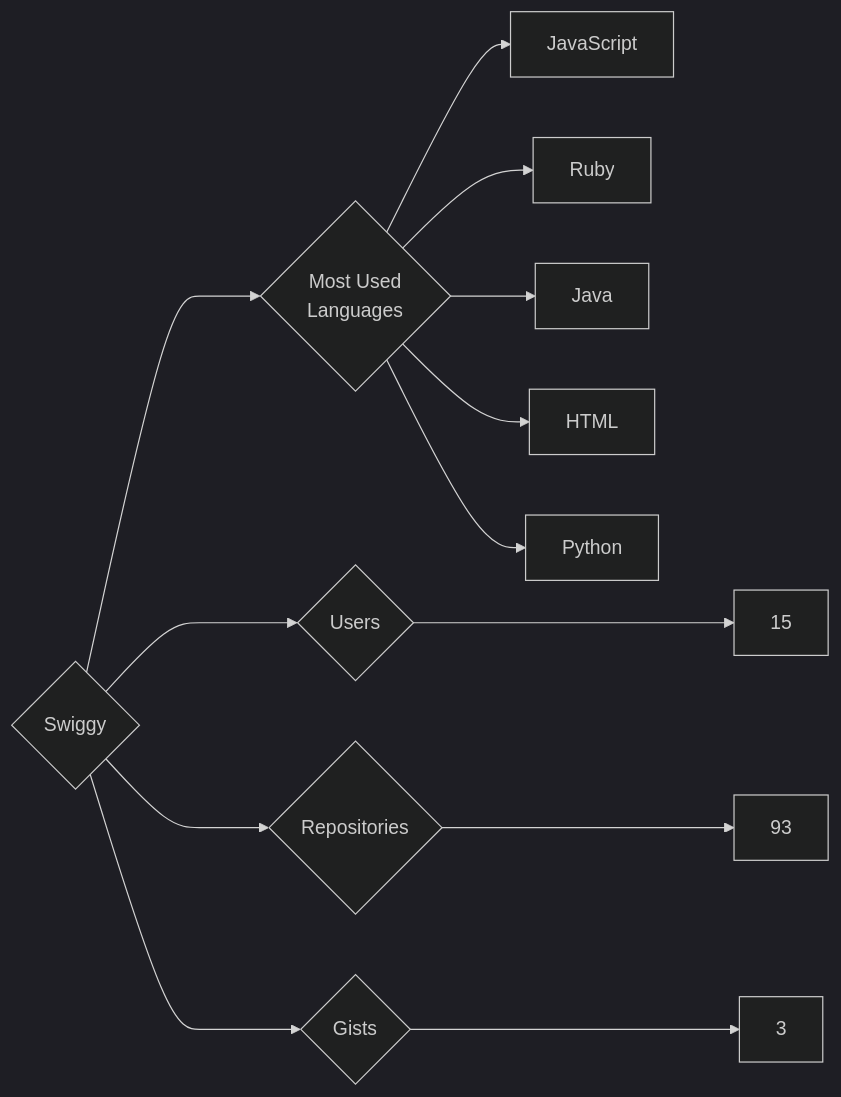
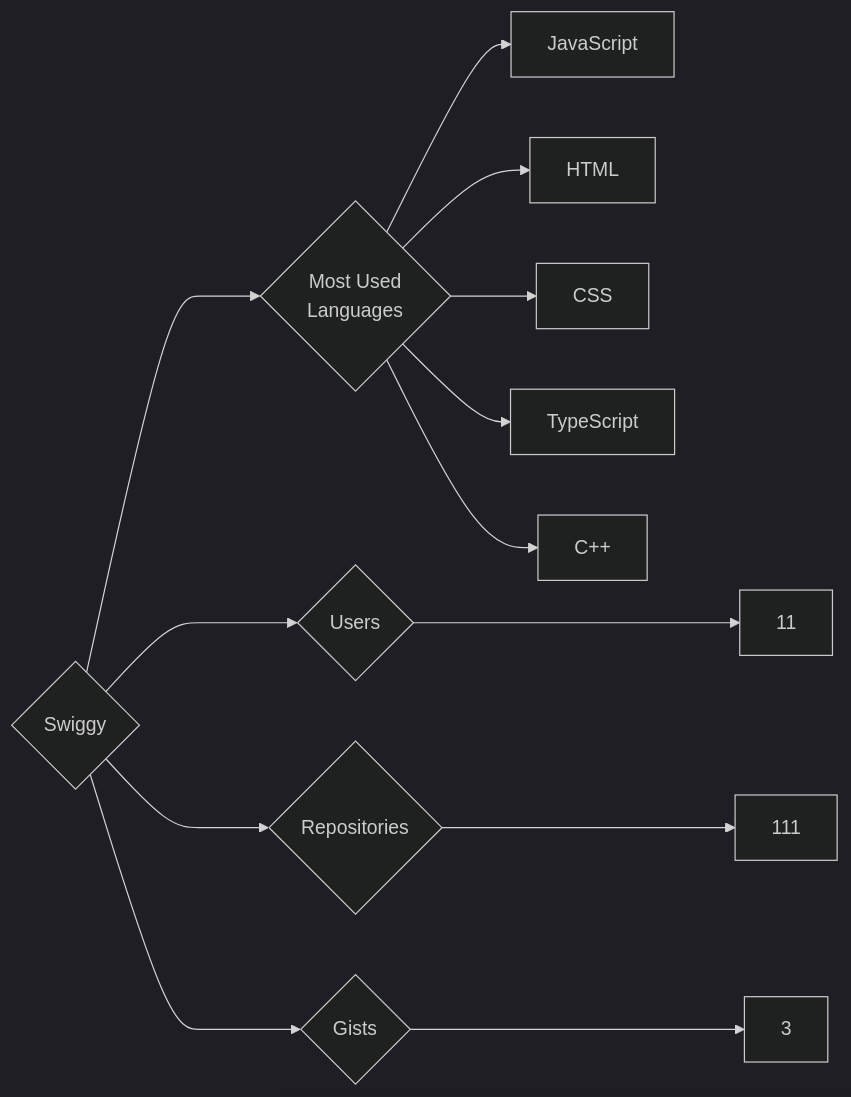
Before and after one commit to trickest/insiders: the diagram in targets/Swiggy/README.md, drawn with Mermaid (dark theme). The commit also changed 725 other files, not shown here.

````diff
--- a/targets/Swiggy/README.md
+++ b/targets/Swiggy/README.md
@@ -3,13 +3,13 @@
 ```mermaid
 graph LR
 COMPANY_NAME{Swiggy}
-COMPANY_NAME ---> U{Users} ---> UN[15]
-COMPANY_NAME ---> R{Repositories} ---> RN[93]
+COMPANY_NAME ---> U{Users} ---> UN[11]
+COMPANY_NAME ---> R{Repositories} ---> RN[111]
 COMPANY_NAME ---> G{Gists} ---> GN[3]
 COMPANY_NAME ---> ML{Most Used<br>Languages}
 ML --> JavaScript[JavaScript]
-ML --> Ruby[Ruby]
-ML --> Java[Java]
 ML --> HTML[HTML]
-ML --> Python[Python]
+ML --> CSS[CSS]
+ML --> TypeScript[TypeScript]
+ML --> C++[C++]
 ```
````
